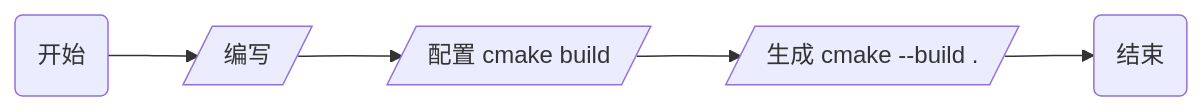
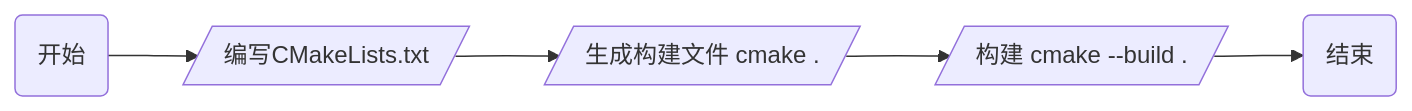
The first of 2 diagrams in _posts/Language/C&C++/编译/构建/CMake/2024-10-16-CMake流程.md (dmjcb/dmjcb.github.io), drawn with Mermaid before and after one commit. The commit also changed other lines of this file and 6 other files, not shown here.

````diff
--- a/_posts/Language/C&C++/编译/构建/CMake/2024-10-16-CMake流程.md
+++ b/_posts/Language/C&C++/编译/构建/CMake/2024-10-16-CMake流程.md
@@ -17,8 +19,8 @@
 ```mermaid
 graph LR
     S(开始)
-    S --> A[/编写/]
-    A --> B[/配置 cmake build/]
-    B --> C[/生成 cmake --build ./]
+    S --> A[/编写CMakeLists.txt/]
+    A --> B[/生成构建文件 cmake ./]
+    B --> C[/构建 cmake --build ./]
     C --> F(结束)
 ```
````
